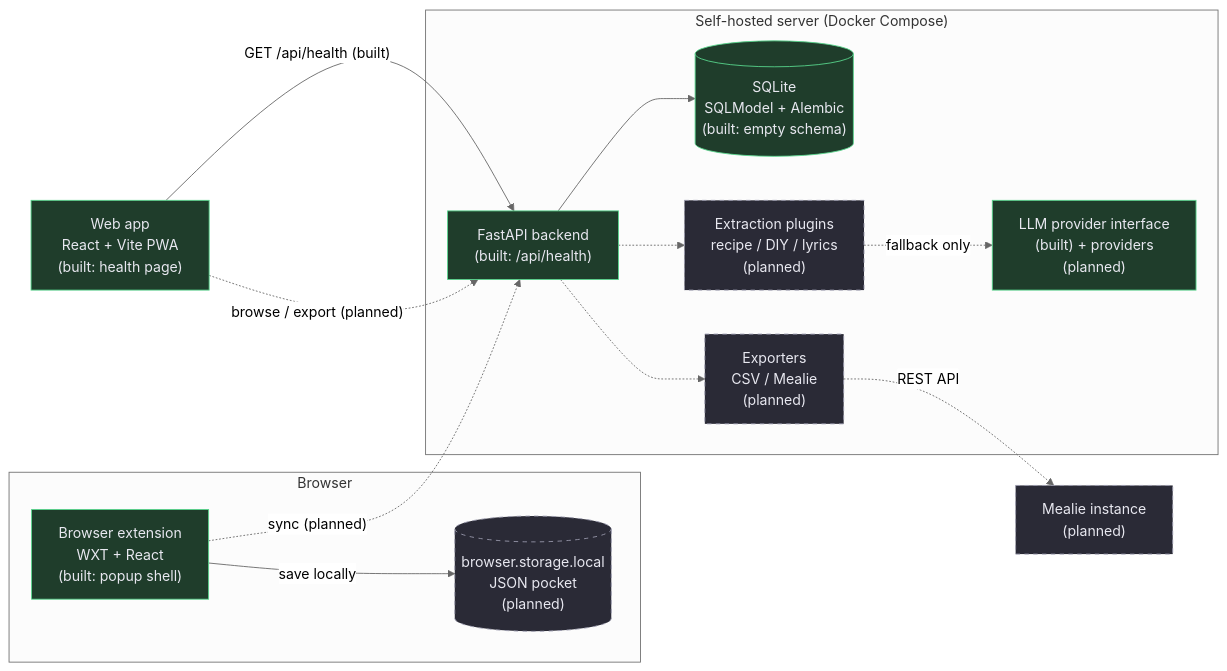
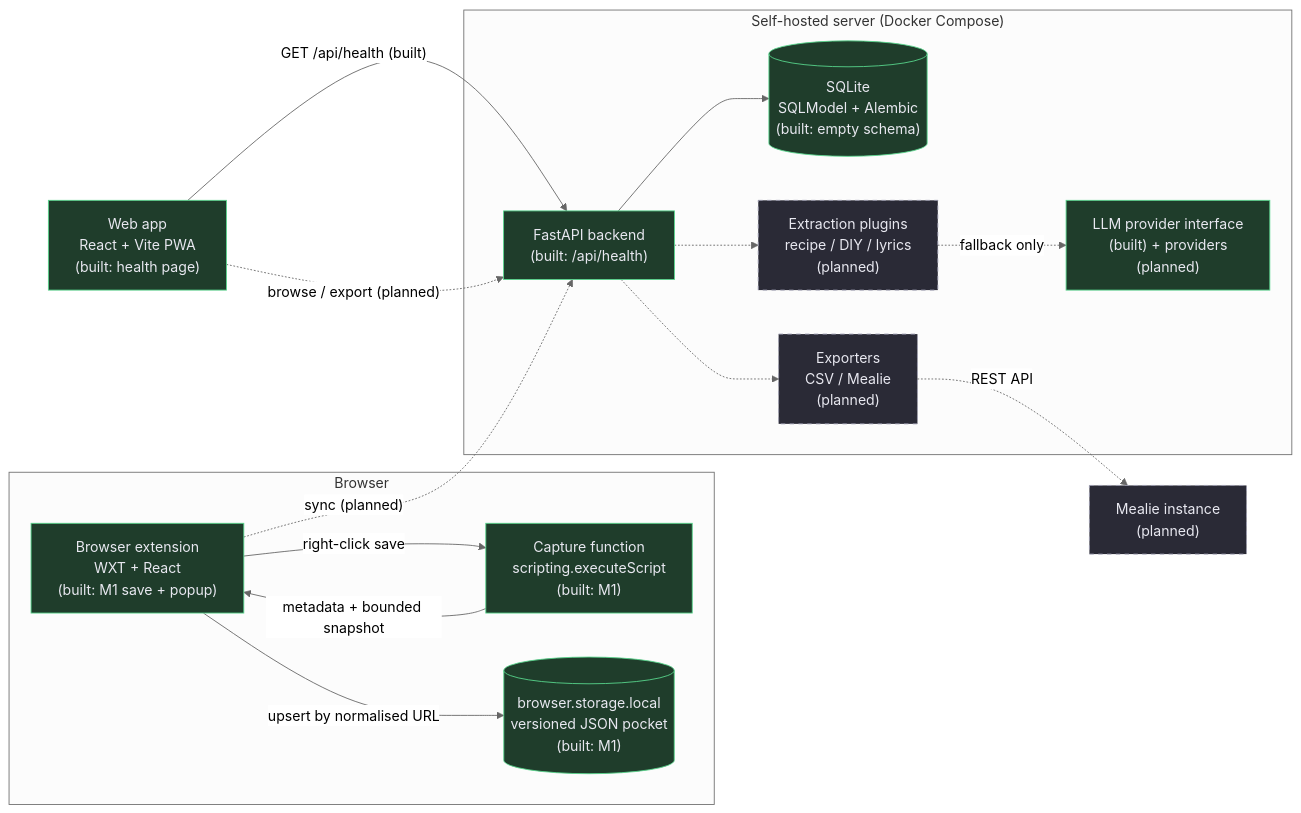
One commit to Xenoreaper/Project-Pocket changed the first of 3 diagrams in docs/ARCHITECTURE.md. Above: the diagram before and after it, drawn with Mermaid (neutral theme). The commit also changed other lines of this file and 22 other files, not shown here.

````diff
--- a/docs/ARCHITECTURE.md
+++ b/docs/ARCHITECTURE.md
@@ -16,34 +17,37 @@
 ```mermaid
 flowchart LR
     subgraph Browser["Browser"]
-        Ext["Browser extension<br/>WXT + React<br/>(built: popup shell)"]
-        Store[("browser.storage.local<br/>JSON pocket<br/>(planned)")]
+        Ext["Browser extension<br/>WXT + React<br/>(built: M1 save + popup)"]
+        Capture["Capture function<br/>scripting.executeScript<br/>(built: M1)"]
+        Store[("browser.storage.local<br/>versioned JSON pocket<br/>(built: M1)")]
     end
 
     Web["Web app<br/>React + Vite PWA<br/>(built: health page)"]
 
     subgraph Server["Self-hosted server (Docker Compose)"]
         API["FastAPI backend<br/>(built: /api/health)"]
         DB[("SQLite<br/>SQLModel + Alembic<br/>(built: empty schema)")]
         Extract["Extraction plugins<br/>recipe / DIY / lyrics<br/>(planned)"]
         LLM["LLM provider interface<br/>(built) + providers<br/>(planned)"]
         Export["Exporters<br/>CSV / Mealie<br/>(planned)"]
     end
 
     Mealie["Mealie instance<br/>(planned)"]
 
-    Ext -->|"save locally"| Store
+    Ext -->|"right-click save"| Capture
+    Capture -->|"metadata + bounded snapshot"| Ext
+    Ext -->|"upsert by normalised URL"| Store
     Ext -.->|"sync (planned)"| API
     Web -->|"GET /api/health (built)"| API
     Web -.->|"browse / export (planned)"| API
     API --> DB
     API -.-> Extract
     Extract -.->|"fallback only"| LLM
     API -.-> Export
     Export -.->|"REST API"| Mealie
 
     classDef built fill:#1f3d2b,stroke:#58d68d,color:#e8e8f0;
     classDef planned fill:#2a2a36,stroke:#9a9aae,stroke-dasharray:5 5,color:#e8e8f0;
-    class Ext,Web,API,DB,LLM built;
-    class Store,Extract,Export,Mealie planned;
+    class Ext,Capture,Store,Web,API,DB,LLM built;
+    class Extract,Export,Mealie planned;
 ```
````
